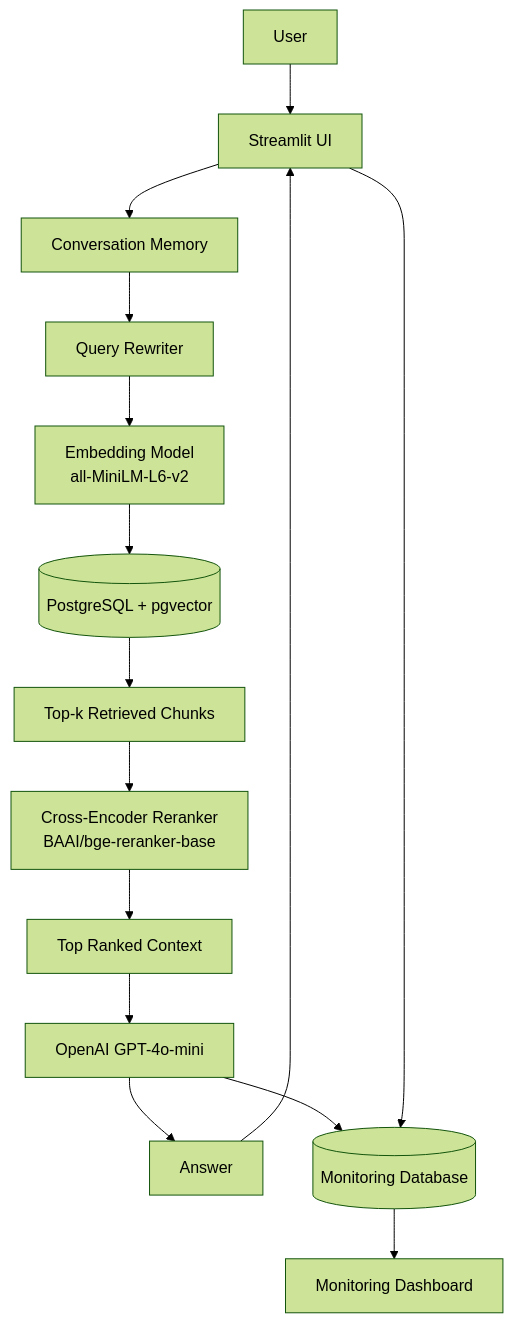
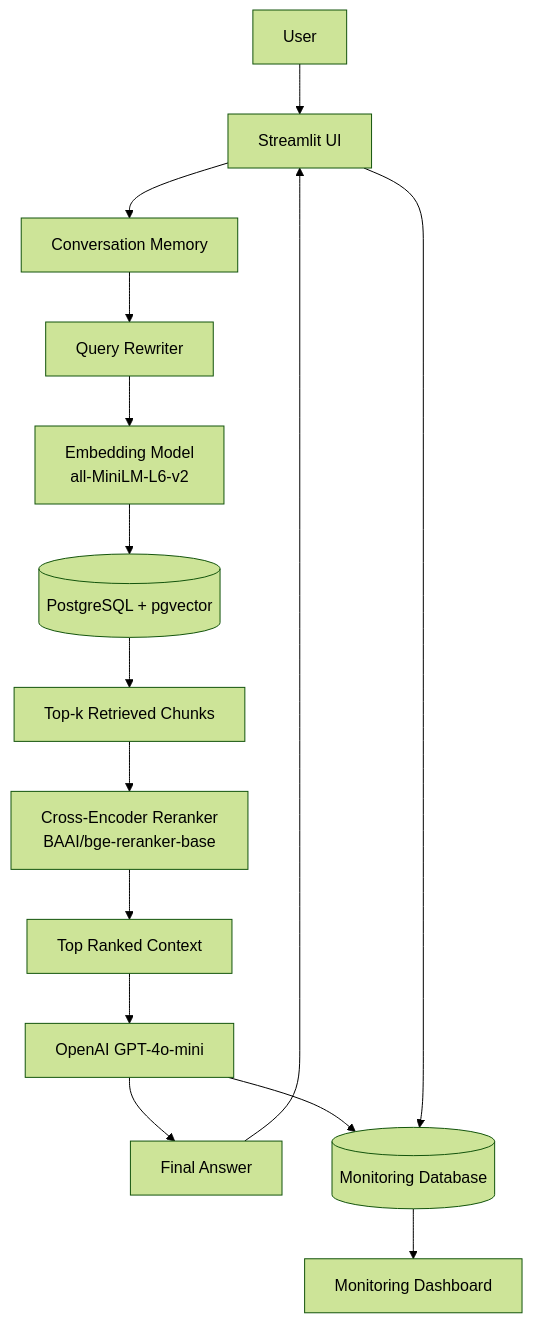
One commit to robanc/coreassist-5g-rag changed the diagram in README.md. Above: the diagram before and after it, drawn with Mermaid (forest theme). The commit also changed other lines of this file, not shown here.

````diff
--- a/README.md
+++ b/README.md
@@ -83,23 +142,24 @@
 ```mermaid
 flowchart TD
     A[User] --> B[Streamlit UI]
 
     B --> C[Conversation Memory]
     C --> D[Query Rewriter]
 
     D --> E[Embedding Model<br/>all-MiniLM-L6-v2]
     E --> F[(PostgreSQL + pgvector)]
 
     F --> G[Top-k Retrieved Chunks]
     G --> H[Cross-Encoder Reranker<br/>BAAI/bge-reranker-base]
 
     H --> I[Top Ranked Context]
     I --> J[OpenAI GPT-4o-mini]
 
-    J --> K[Answer]
+    J --> K[Final Answer]
     K --> B
 
     J --> L[(Monitoring Database)]
     B --> L
+
     L --> M[Monitoring Dashboard]
 ```
````
